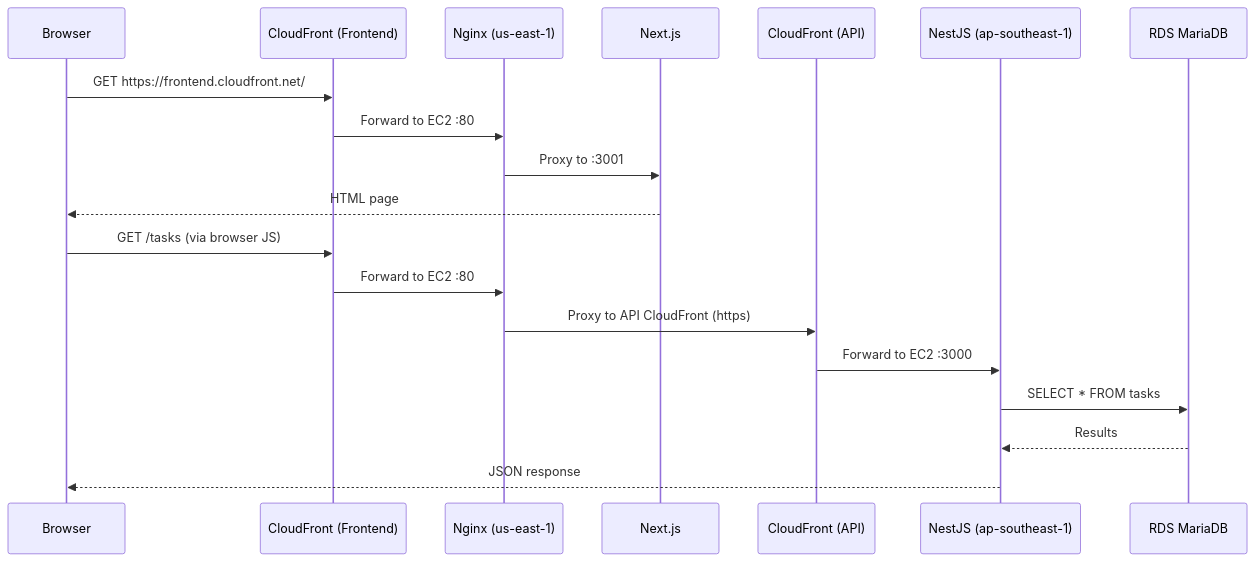
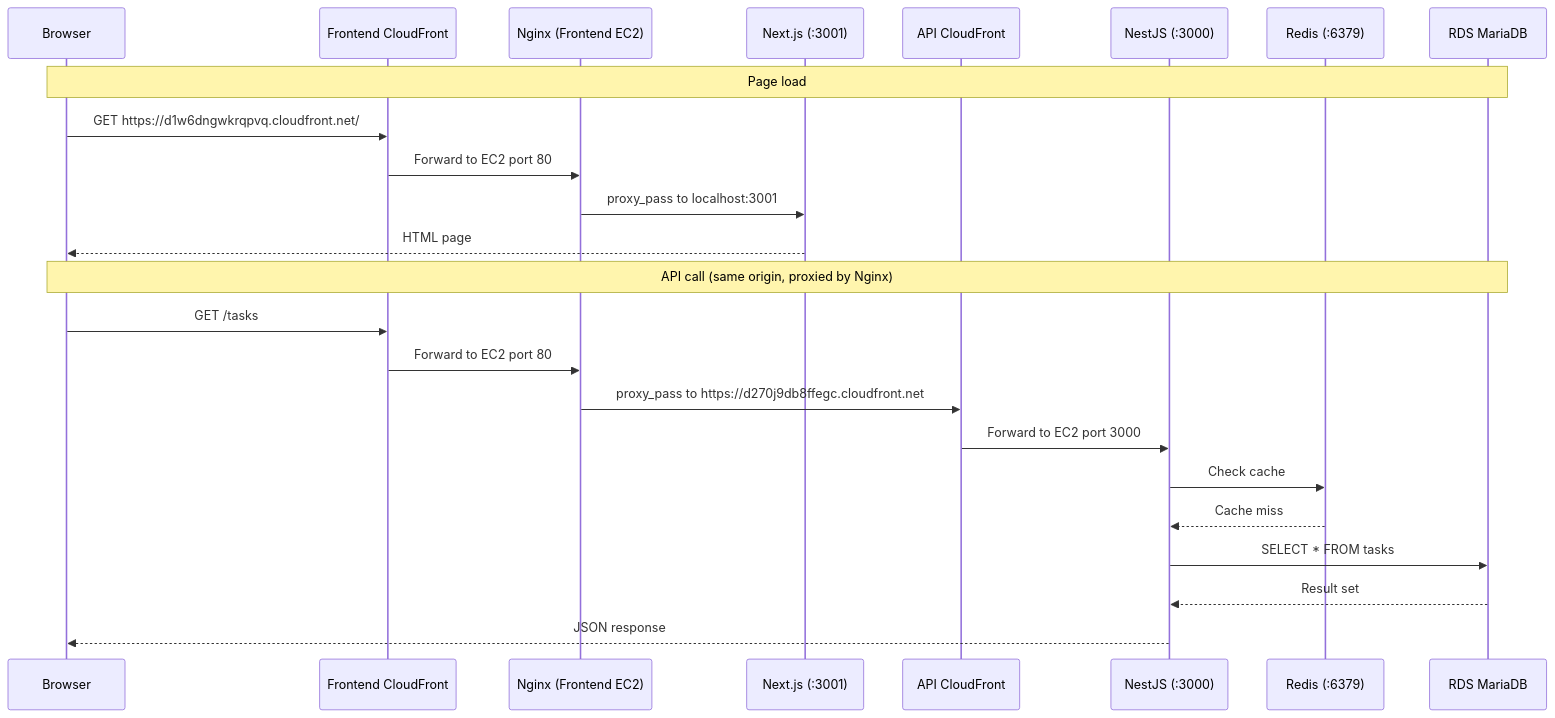
One commit to nurulizyansyaza/personal-task-tracker changed the second of 3 diagrams in AWS-INFRASTRUCTURE.md. Above: the diagram before and after it, drawn with Mermaid. The commit also changed other lines of this file and 2 other files, not shown here.

````diff
--- a/AWS-INFRASTRUCTURE.md
+++ b/AWS-INFRASTRUCTURE.md
@@ -46,23 +89,28 @@
 ```mermaid
 sequenceDiagram
-    participant User as Browser
-    participant CF_FE as CloudFront (Frontend)
-    participant NGINX as Nginx (us-east-1)
-    participant NextJS as Next.js
-    participant CF_API as CloudFront (API)
-    participant API as NestJS (ap-southeast-1)
+    participant Browser
+    participant CF_FE as Frontend CloudFront
+    participant Nginx as Nginx (Frontend EC2)
+    participant NextJS as Next.js (:3001)
+    participant CF_API as API CloudFront
+    participant API as NestJS (:3000)
+    participant Redis as Redis (:6379)
     participant DB as RDS MariaDB
 
-    User->>CF_FE: GET https://frontend.cloudfront.net/
-    CF_FE->>NGINX: Forward to EC2 :80
-    NGINX->>NextJS: Proxy to :3001
-    NextJS-->>User: HTML page
+    Note over Browser,DB: Page load
+    Browser->>CF_FE: GET https://d1w6dngwkrqpvq.cloudfront.net/
+    CF_FE->>Nginx: Forward to EC2 port 80
+    Nginx->>NextJS: proxy_pass to localhost:3001
+    NextJS-->>Browser: HTML page
 
-    User->>CF_FE: GET /tasks (via browser JS)
-    CF_FE->>NGINX: Forward to EC2 :80
-    NGINX->>CF_API: Proxy to API CloudFront (https)
-    CF_API->>API: Forward to EC2 :3000
+    Note over Browser,DB: API call (same origin, proxied by Nginx)
+    Browser->>CF_FE: GET /tasks
+    CF_FE->>Nginx: Forward to EC2 port 80
+    Nginx->>CF_API: proxy_pass to https://d270j9db8ffegc.cloudfront.net
+    CF_API->>API: Forward to EC2 port 3000
+    API->>Redis: Check cache
+    Redis-->>API: Cache miss
     API->>DB: SELECT * FROM tasks
-    DB-->>API: Results
-    API-->>User: JSON response
+    DB-->>API: Result set
+    API-->>Browser: JSON response
 ```
````
